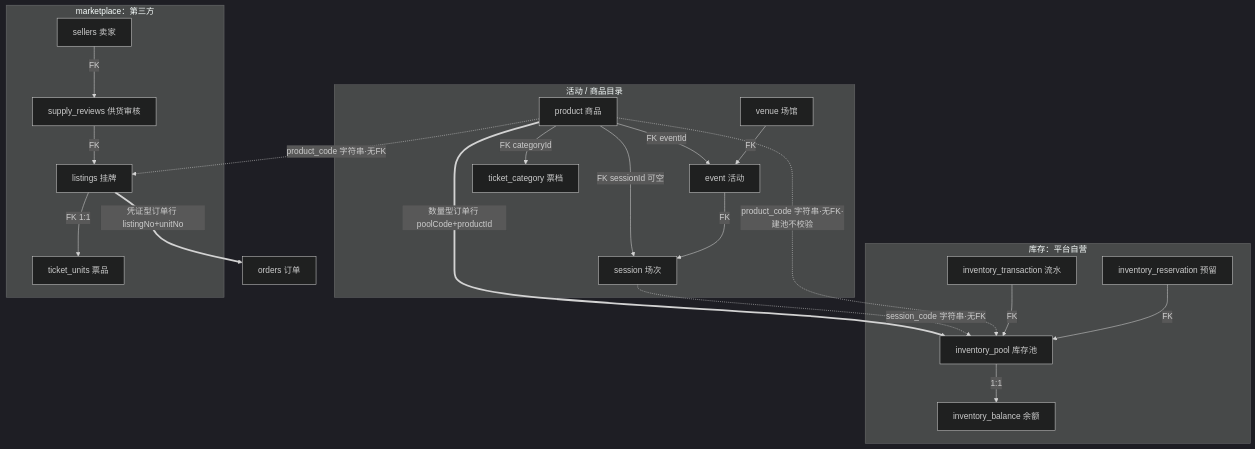
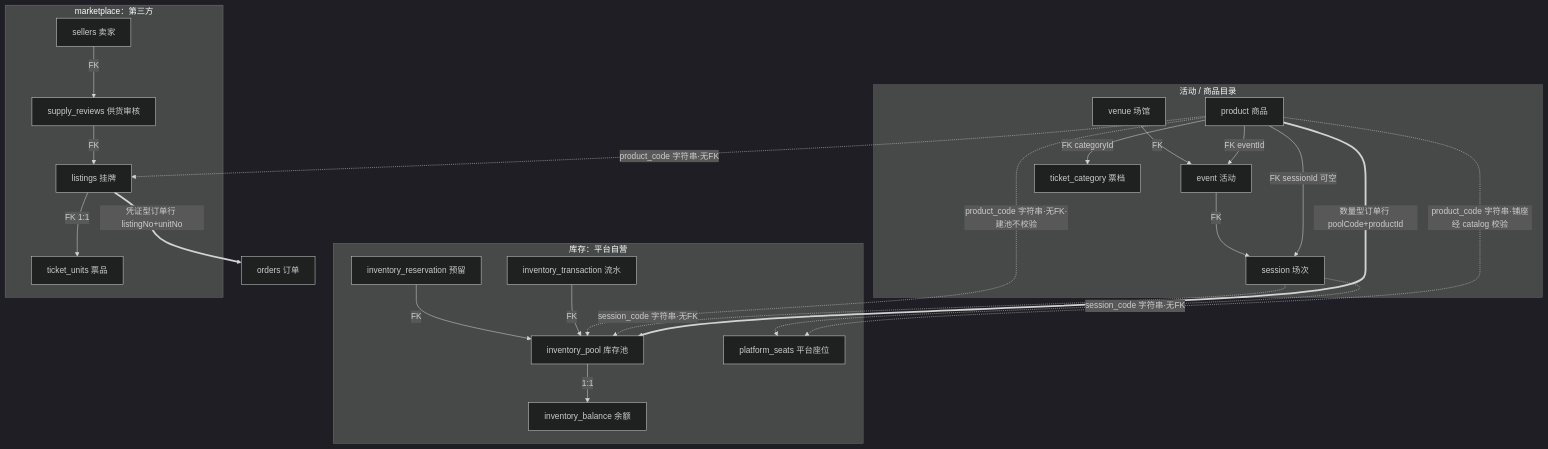
One commit to cuihairu/awn changed the first of 2 diagrams in docs/architecture/trading-model.md. Above: the diagram before and after it, drawn with Mermaid (dark theme). The commit also changed other lines of this file and 1 other file, not shown here.

Commit message:
docs: mark platform seat model implemented

````diff
--- a/docs/architecture/trading-model.md
+++ b/docs/architecture/trading-model.md
@@ -20,31 +20,34 @@
 ```mermaid
 flowchart TD
     subgraph CE[活动 / 商品目录]
         VENUE["venue 场馆"] -->|FK| EVENT["event 活动"]
         EVENT -->|FK| SESSION["session 场次"]
         TC["ticket_category 票档"]
         PRODUCT["product 商品"]
         PRODUCT -->|FK eventId| EVENT
         PRODUCT -->|FK sessionId 可空| SESSION
         PRODUCT -->|FK categoryId| TC
     end
 
     subgraph INV[库存：平台自营]
         POOL["inventory_pool 库存池"] -->|1:1| BAL["inventory_balance 余额"]
         RES["inventory_reservation 预留"] -->|FK| POOL
         TXN["inventory_transaction 流水"] -->|FK| POOL
+        SEAT["platform_seats 平台座位"]
     end
 
     subgraph MP[marketplace：第三方]
         SELLER["sellers 卖家"] -->|FK| REVIEW["supply_reviews 供货审核"]
         REVIEW -->|FK| LISTING["listings 挂牌"]
         LISTING -->|FK 1:1| UNIT["ticket_units 票品"]
     end
 
     PRODUCT -.->|"product_code 字符串·无FK·建池不校验"| POOL
     SESSION -.->|"session_code 字符串·无FK"| POOL
+    SESSION -.->|"session_code 字符串·无FK"| SEAT
+    PRODUCT -.->|"product_code 字符串·铺座经 catalog 校验"| SEAT
     PRODUCT -.->|"product_code 字符串·无FK"| LISTING
     PRODUCT ==>|"数量型订单行 poolCode+productId"| POOL
     ORDER["orders 订单"]
     LISTING ==>|"凭证型订单行 listingNo+unitNo"| ORDER
 ```
````
